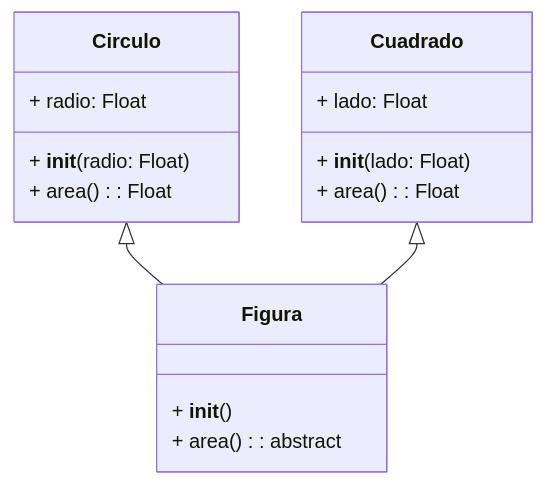
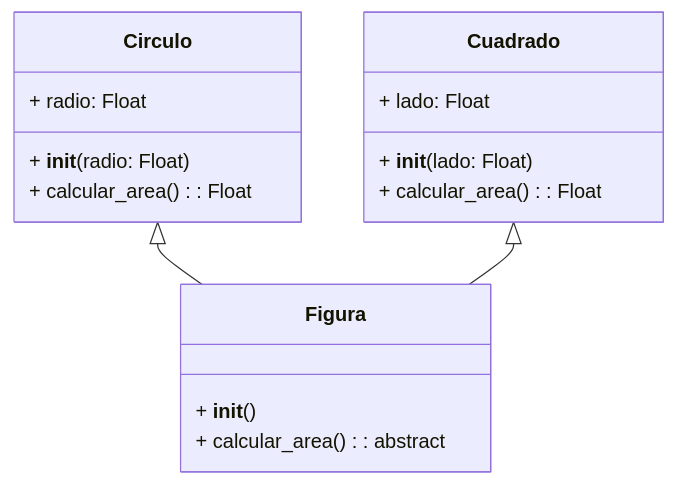
Before and after one commit to fegonzalez7/poo_unal_clase10: the first of 4 diagrams in README.md, drawn with Mermaid.

Commit message:
cambios primer diagrama

````diff
--- a/README.md
+++ b/README.md
@@ -23,22 +23,22 @@
  ```mermaid
 classDiagram
 class Figura {
   + __init__()
-  + area(): abstract
+  + calcular_area(): abstract
 }
 
 class Cuadrado {
   + lado: Float
   + __init__(lado: Float)
-  + area(): Float
+  + calcular_area(): Float
 }
 
 class Circulo {
   + radio: Float
   + __init__(radio: Float)
-  + area(): Float
+  + calcular_area(): Float
 }
 
 Circulo <|-- Figura
 Cuadrado <|-- Figura
 ```
````
